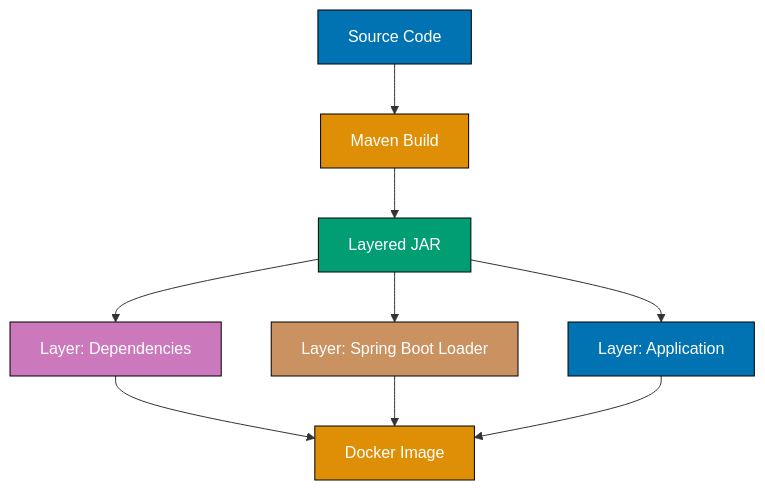
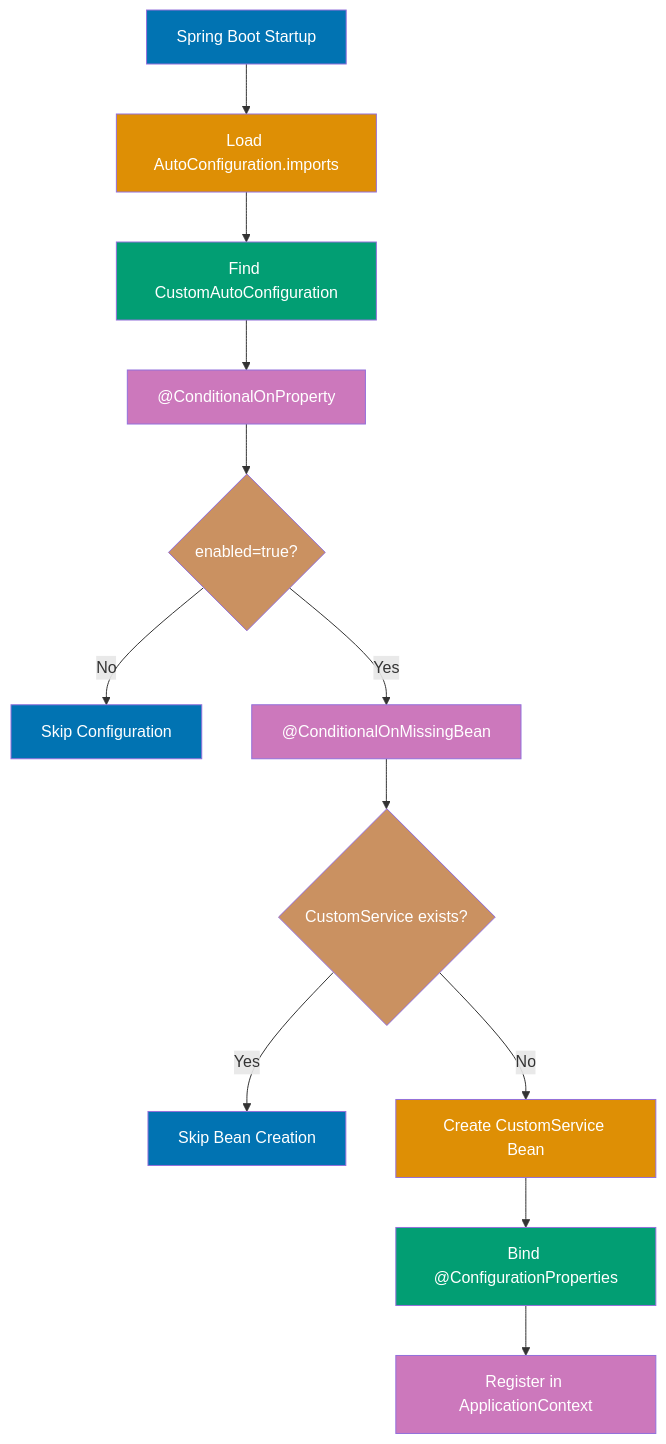
One commit to wahidyankf/open-sharia-enterprise changed the seventh of 13 diagrams in apps/ayokoding-web/content/en/learn/software-engineering/platform-web/tools/jvm-spring-boot/by-example/advanced.md. Above: the diagram before and after it, drawn with Mermaid. The commit also changed other lines of this file and 75 other files, not shown here.

First line of the commit message:
feat(ayokoding-web): align Spring/Spring Boot content with Java quality standards

````diff
--- a/apps/ayokoding-web/content/en/learn/software-engineering/platform-web/tools/jvm-spring-boot/by-example/advanced.md
+++ b/apps/ayokoding-web/content/en/learn/software-engineering/platform-web/tools/jvm-spring-boot/by-example/advanced.md
@@ -2110,20 +1797,28 @@
 ```mermaid
 %% Color Palette: Blue #0173B2, Orange #DE8F05, Teal #029E73, Purple #CC78BC, Brown #CA9161
-flowchart TD
-    A[Source Code] --> B[Maven Build]
-    B --> C[Layered JAR]
-    C --> D[Layer: Dependencies]
-    C --> E[Layer: Spring Boot Loader]
-    C --> F[Layer: Application]
-    D --> G[Docker Image]
-    E --> G
-    F --> G
+graph TD
+    Start["Spring Boot Startup"] --> Load["Load AutoConfiguration.imports"]
+    Load --> Config["Find CustomAutoConfiguration"]
+    Config --> Check1["@ConditionalOnProperty"]
+    Check1 --> Eval1{enabled=true?}
+    Eval1 -->|No| Skip1["Skip Configuration"]
+    Eval1 -->|Yes| Check2["@ConditionalOnMissingBean"]
+    Check2 --> Eval2{CustomService exists?}
+    Eval2 -->|Yes| Skip2["Skip Bean Creation"]
+    Eval2 -->|No| Create["Create CustomService Bean"]
+    Create --> Props["Bind @ConfigurationProperties"]
+    Props --> Register["Register in ApplicationContext"]
 
-    style A fill:#0173B2,stroke:#000,color:#fff
-    style B fill:#DE8F05,stroke:#000,color:#fff
-    style C fill:#029E73,stroke:#000,color:#fff
-    style D fill:#CC78BC,stroke:#000,color:#fff
-    style E fill:#CA9161,stroke:#000,color:#fff
-    style F fill:#0173B2,stroke:#000,color:#fff
-    style G fill:#DE8F05,stroke:#000,color:#fff
+    style Start fill:#0173B2,color:#fff
+    style Load fill:#DE8F05,color:#fff
+    style Config fill:#029E73,color:#fff
+    style Check1 fill:#CC78BC,color:#fff
+    style Eval1 fill:#CA9161,color:#fff
+    style Check2 fill:#CC78BC,color:#fff
+    style Eval2 fill:#CA9161,color:#fff
+    style Skip1 fill:#0173B2,color:#fff
+    style Skip2 fill:#0173B2,color:#fff
+    style Create fill:#DE8F05,color:#fff
+    style Props fill:#029E73,color:#fff
+    style Register fill:#CC78BC,color:#fff
 ```
````
